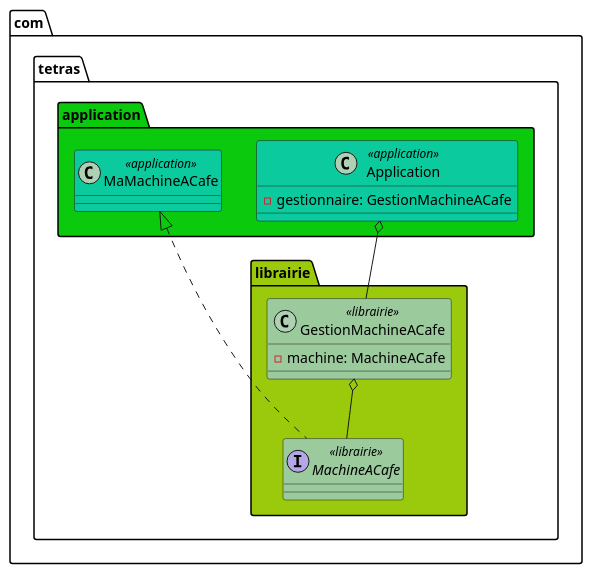
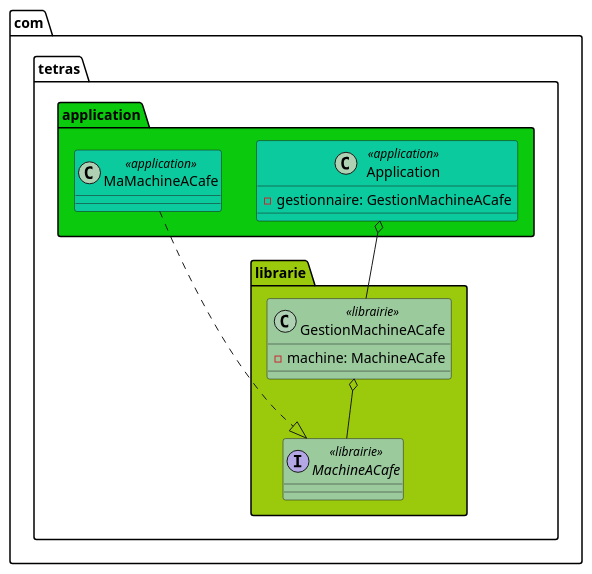
Before and after one commit to kotsaw/design-pattern: the diagram in src/uml/DependencyInjection.puml, drawn with PlantUML. The commit also changed 4 other files, not shown here.

```diff
--- a/src/uml/DependencyInjection.puml
+++ b/src/uml/DependencyInjection.puml
@@ -1,29 +1,28 @@
 @startuml Singleton
 
 skinparam class {
     BackgroundColor<<librairie>> #9bca9d
     BackgroundColor<<application>> #0bca9d
 }
 
-package "com.tetras.librairie" #9bca0d {
+package "com.tetras.librarie" #9bca0d {
     interface MachineACafe <<librairie>> 
 
     class GestionMachineACafe <<librairie>> {
         - machine: MachineACafe
     }
 }
 
-
 package "com.tetras.application" #0bca0d {
     class MaMachineACafe <<application>> 
-    MaMachineACafe <|.. MachineACafe
-
     class Application <<application>> {
         - gestionnaire: GestionMachineACafe
     }
 }
 
+MaMachineACafe ..|> MachineACafe
+
 Application o-- GestionMachineACafe
 GestionMachineACafe o-- MachineACafe
 
 @enduml
```
